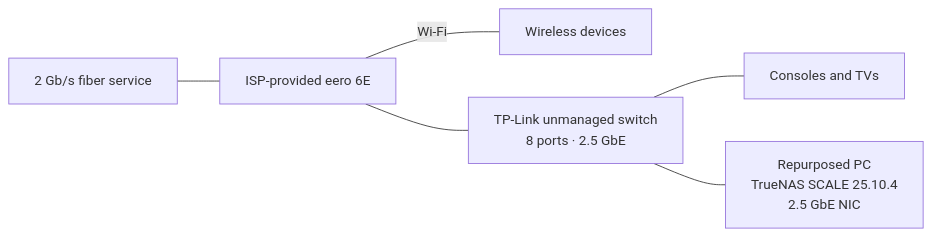
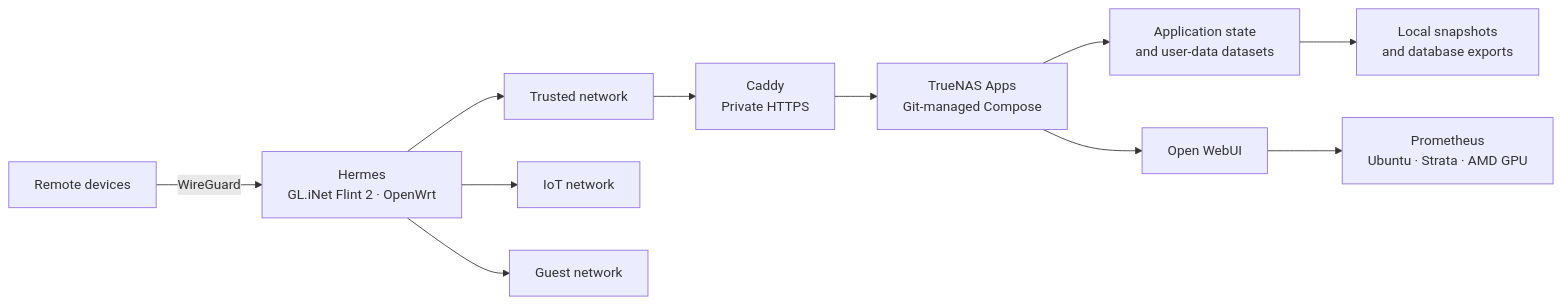
Before and after one commit to AldogPlays/Homelab: the diagram in README.md, drawn with Mermaid. The commit also changed other lines of this file and 9 other files, not shown here.

````diff
--- a/README.md
+++ b/README.md
@@ -9,8 +11,13 @@
 ```mermaid
 flowchart LR
-    Internet["2 Gb/s fiber service"] --- Router["ISP-provided eero 6E"]
-    Router ---|Wi-Fi| Wireless["Wireless devices"]
-    Router --- Switch["TP-Link unmanaged switch<br/>8 ports · 2.5 GbE"]
-    Switch --- Entertainment["Consoles and TVs"]
-    Switch --- Host["Repurposed PC<br/>TrueNAS SCALE 25.10.4<br/>2.5 GbE NIC"]
+    Remote["Remote devices"] -->|WireGuard| Router["Hermes<br/>GL.iNet Flint 2 · OpenWrt"]
+    Router --> Trusted["Trusted network"]
+    Router --> IoT["IoT network"]
+    Router --> Guest["Guest network"]
+    Trusted --> Proxy["Caddy<br/>Private HTTPS"]
+    Proxy --> Apps["TrueNAS Apps<br/>Git-managed Compose"]
+    Apps --> State["Application state<br/>and user-data datasets"]
+    Apps --> WebUI["Open WebUI"]
+    WebUI --> AI["Prometheus<br/>Ubuntu · Strata · AMD GPU"]
+    State --> Recovery["Local snapshots<br/>and database exports"]
 ```
````
